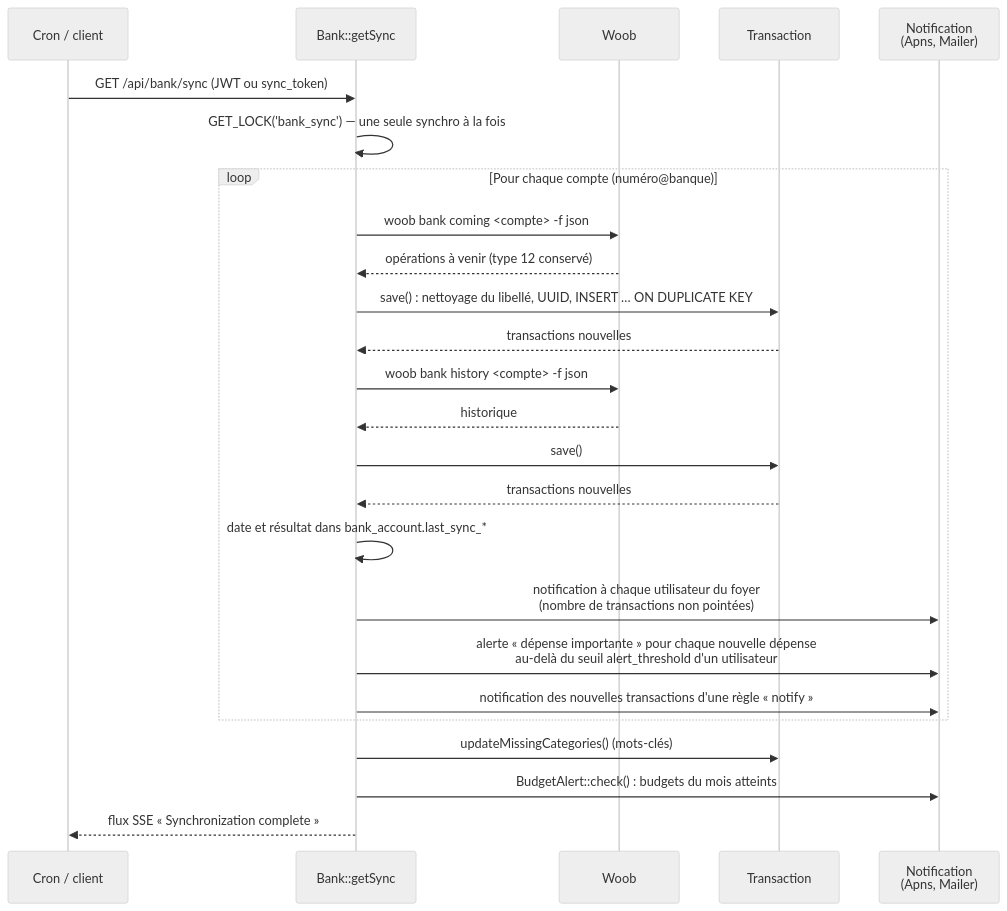
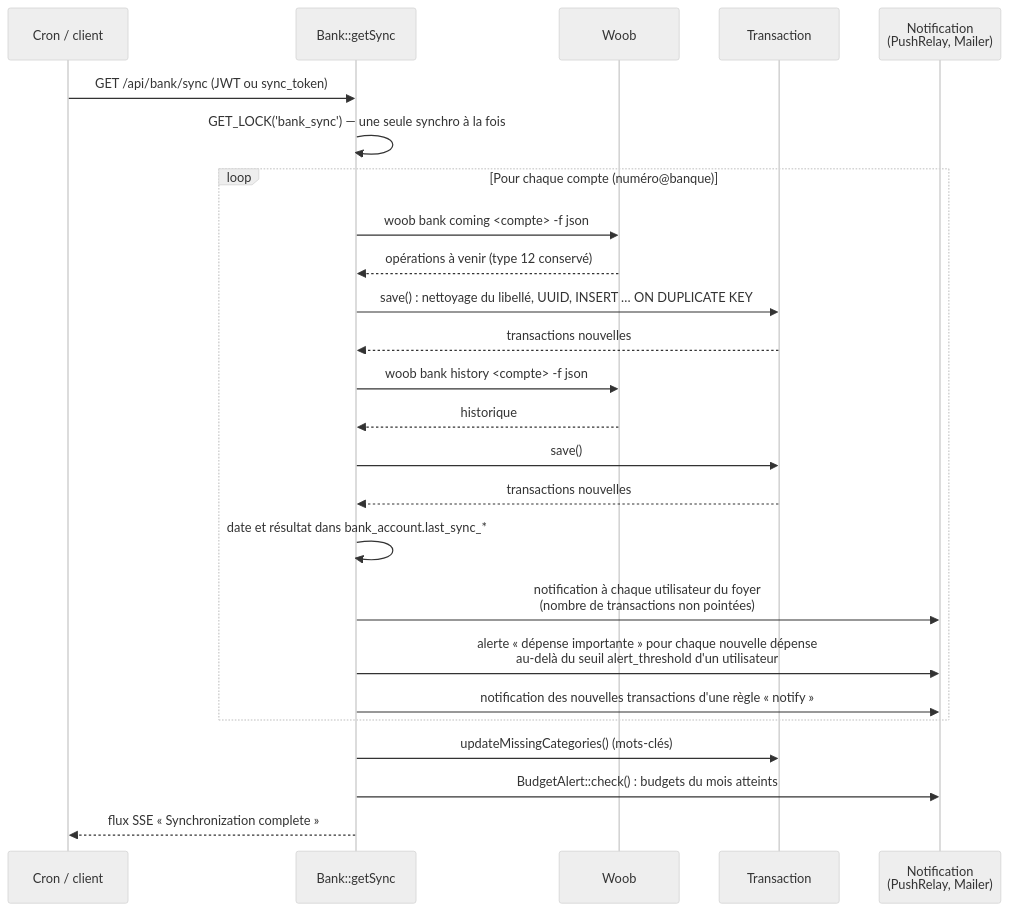
One commit to claneys/Carbure changed the third of 4 diagrams in docs/architecture.md. Above: the diagram before and after it, drawn with Mermaid (neutral theme). The commit also changed other lines of this file and 58 other files, not shown here.

First line of the commit message:
feat(api): send the push notifications through the Carbure Push relay (#188)

````diff
--- a/docs/architecture.md
+++ b/docs/architecture.md
@@ -76,27 +78,27 @@
 ```mermaid
 sequenceDiagram
     participant P as Cron / client
     participant B as Bank::getSync
     participant W as Woob
     participant T as Transaction
-    participant D as Notification<br/>(Apns, Mailer)
+    participant D as Notification<br/>(PushRelay, Mailer)
     P->>B: GET /api/bank/sync (JWT ou sync_token)
     B->>B: GET_LOCK('bank_sync') — une seule synchro à la fois
     loop Pour chaque compte (numéro@banque)
         B->>W: woob bank coming <compte> -f json
         W-->>B: opérations à venir (type 12 conservé)
         B->>T: save() : nettoyage du libellé, UUID, INSERT … ON DUPLICATE KEY
         T-->>B: transactions nouvelles
         B->>W: woob bank history <compte> -f json
         W-->>B: historique
         B->>T: save()
         T-->>B: transactions nouvelles
         B->>B: date et résultat dans bank_account.last_sync_*
         B->>D: notification à chaque utilisateur du foyer<br/>(nombre de transactions non pointées)
         B->>D: alerte « dépense importante » pour chaque nouvelle dépense<br/>au-delà du seuil alert_threshold d'un utilisateur
         B->>D: notification des nouvelles transactions d'une règle « notify »
     end
     B->>T: updateMissingCategories() (mots-clés)
     B->>D: BudgetAlert::check() : budgets du mois atteints
     B-->>P: flux SSE « Synchronization complete »
 ```
````
